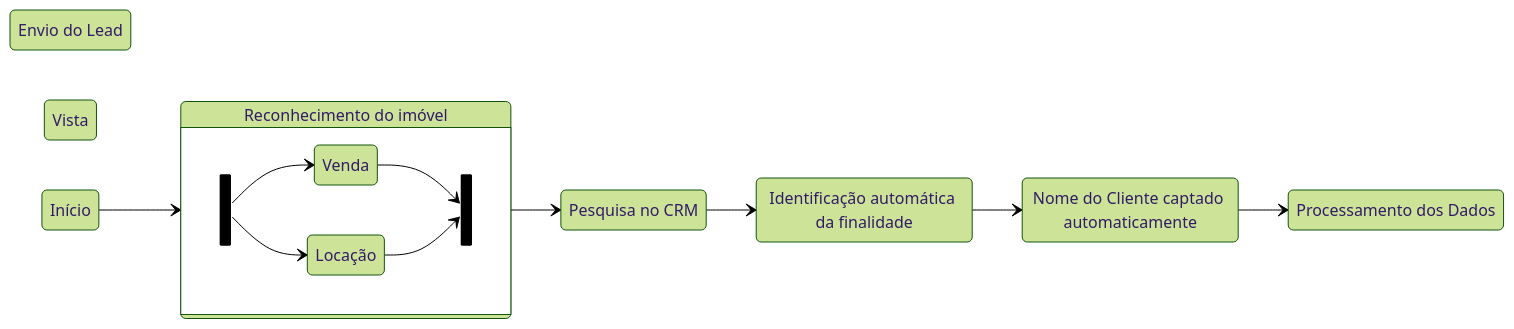
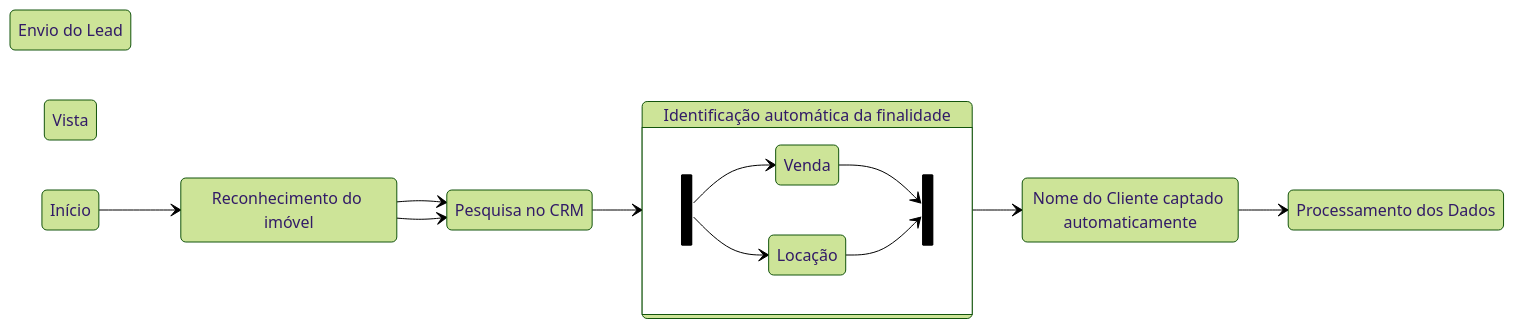
Before and after one commit to pepeleascov/cmsouza: the second of 2 diagrams in readme.md, drawn with Mermaid (forest theme).

````diff
--- a/readme.md
+++ b/readme.md
@@ -163,29 +163,30 @@
 ```mermaid
 stateDiagram
     1: Reconhecimento do imóvel
     2: Pesquisa no CRM
     3: Identificação automática da finalidade
     v: Venda
     l: Locação
     4: Nome do Cliente captado automaticamente
     5: Processamento dos Dados
     6: Envio do Lead
     7: Vista
     direction LR
     
     Início --> 1
-    state 1 {
+    1 --> 2
+    state 3 {
     state fork_state <<fork>>
     direction LR
         fork_state
         fork_state --> v
         fork_state --> l
     state join_state <<join>>
     v --> join_state
     l --> join_state
     }
     1 --> 2
     2 --> 3
     3 --> 4
     4 --> 5
 ```
````
